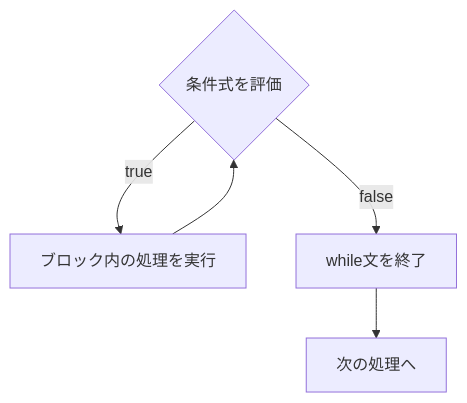
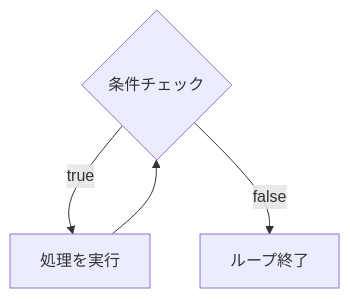
The second of 2 diagrams in docs/docs/java/basics/05_loops.mdx (hash52/programming-bootcamp), drawn with Mermaid before and after one commit. The commit also changed other lines of this file and 1 other file, not shown here.

````diff
--- a/docs/docs/java/basics/05_loops.mdx
+++ b/docs/docs/java/basics/05_loops.mdx
@@ -151,7 +184,6 @@
 ```mermaid
 flowchart TD
-    A{条件式を評価} -->|true| B[ブロック内の処理を実行]
+    A{条件チェック} -->|true| B[処理を実行]
     B --> A
-    A -->|false| C[while文を終了]
-    C --> D[次の処理へ]
+    A -->|false| C[ループ終了]
 ```
````
